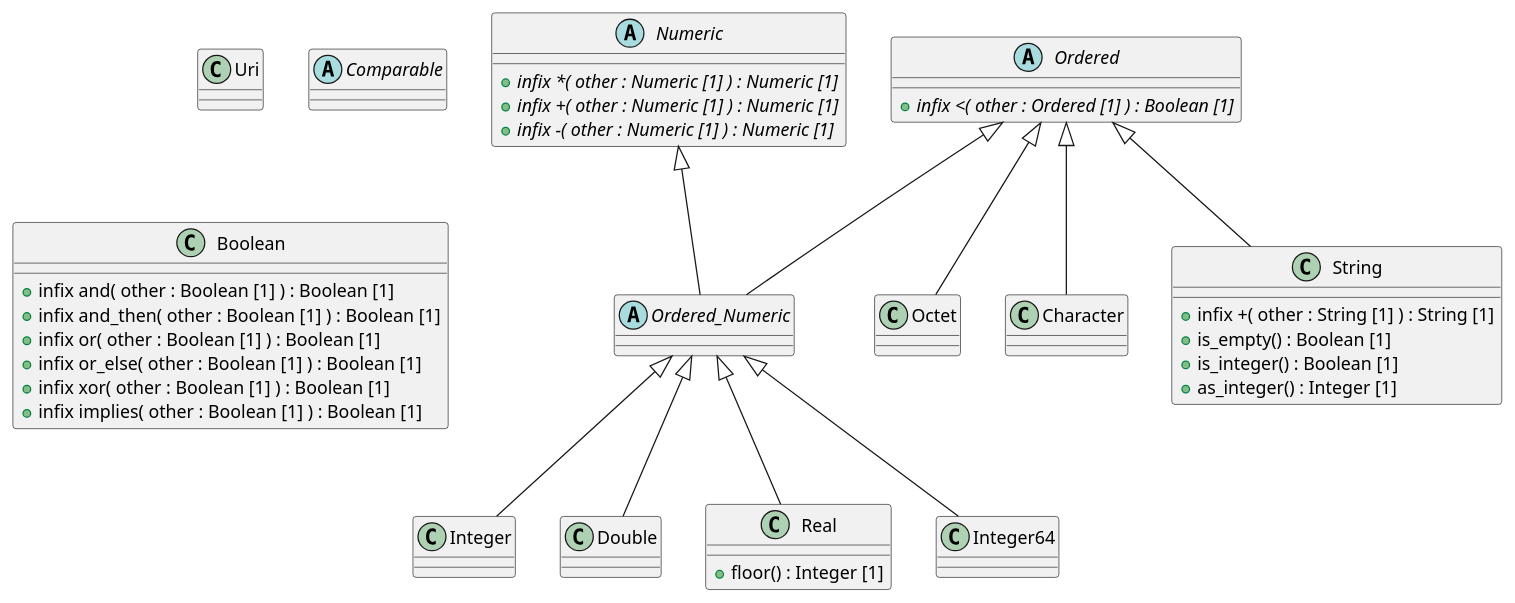
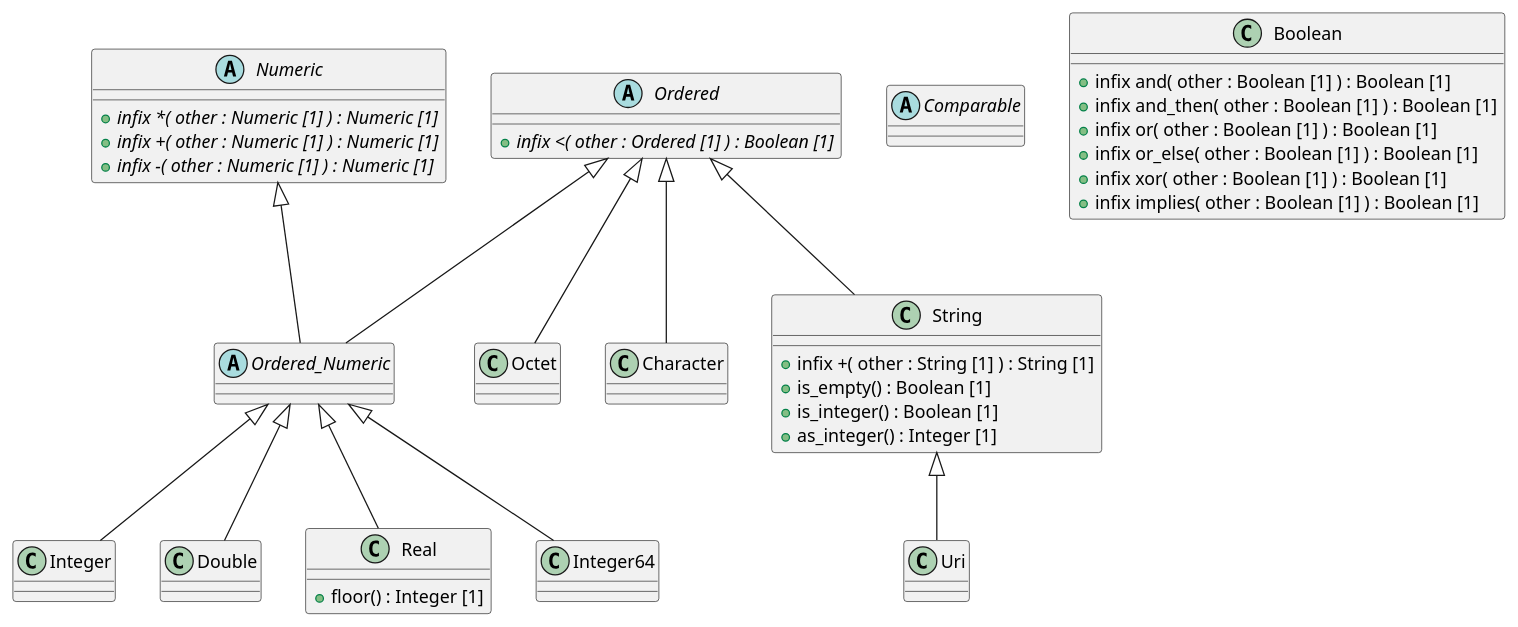
One commit to sebastian-iancu/code-generator changed the diagram in code/Adoc/openehr_base_1.1.0/plantUML/packages/org.openehr.base.foundation_types.primitive_types.adoc. Above: the diagram before and after it, drawn with PlantUML. The commit also changed 719 other files, not shown here.

```diff
--- a/code/Adoc/openehr_base_1.1.0/plantUML/packages/org.openehr.base.foundation_types.primitive_types.adoc
+++ b/code/Adoc/openehr_base_1.1.0/plantUML/packages/org.openehr.base.foundation_types.primitive_types.adoc
@@ -1,70 +1,71 @@
 [plantuml,primitive_types,format=svg,svg-type="inline"]
 -----
 @startuml
 
 class Uri {
 }
 
 abstract class Comparable {
 }
 
 abstract class Ordered_Numeric {
 }
 
 class Integer {
 }
 
 class Double {
 }
 
 abstract class Numeric {
   + {abstract} infix *( other : Numeric [1] ) : Numeric [1]
   + {abstract} infix +( other : Numeric [1] ) : Numeric [1]
   + {abstract} infix -( other : Numeric [1] ) : Numeric [1]
 }
 
 class Octet {
 }
 
 class Character {
 }
 
 class Boolean {
   + infix and( other : Boolean [1] ) : Boolean [1]
   + infix and_then( other : Boolean [1] ) : Boolean [1]
   + infix or( other : Boolean [1] ) : Boolean [1]
   + infix or_else( other : Boolean [1] ) : Boolean [1]
   + infix xor( other : Boolean [1] ) : Boolean [1]
   + infix implies( other : Boolean [1] ) : Boolean [1]
 }
 
 class String {
   + infix +( other : String [1] ) : String [1]
   + is_empty() : Boolean [1]
   + is_integer() : Boolean [1]
   + as_integer() : Integer [1]
 }
 
 class Real {
   + floor() : Integer [1]
 }
 
 class Integer64 {
 }
 
 abstract class Ordered {
   + {abstract} infix <( other : Ordered [1] ) : Boolean [1]
 }
 
+String <|-- Uri
 Ordered <|-- Ordered_Numeric
 Numeric <|-- Ordered_Numeric
 Ordered_Numeric <|-- Integer
 Ordered_Numeric <|-- Double
 Ordered <|-- Octet
 Ordered <|-- Character
 Ordered <|-- String
 Ordered_Numeric <|-- Real
 Ordered_Numeric <|-- Integer64
 
 @enduml
 -----
```
